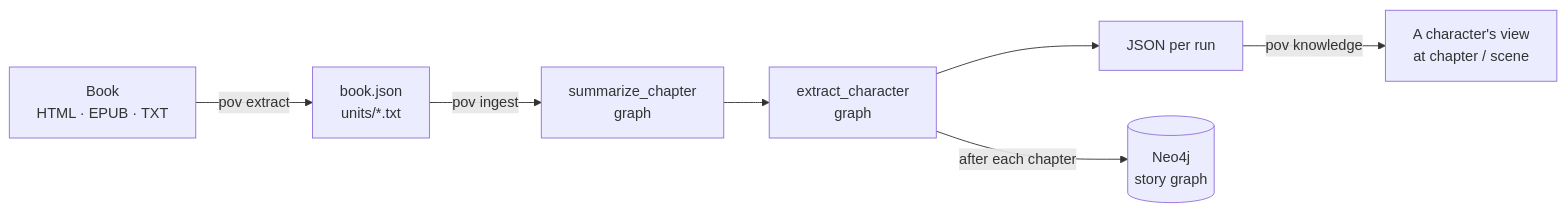
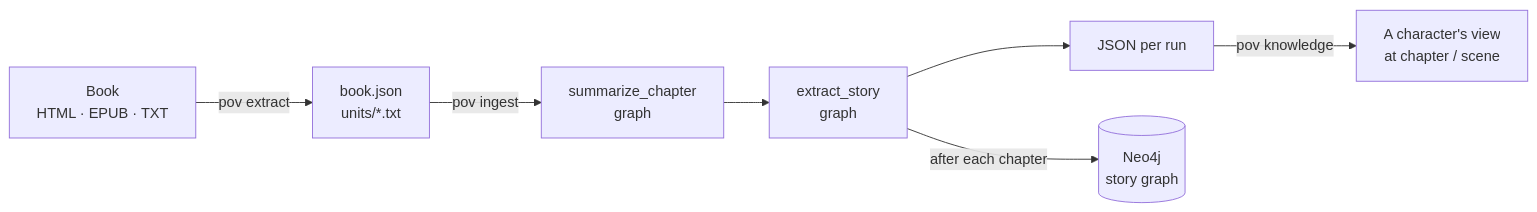
The second of 2 diagrams in README.md (nhanvu0901/book-rewrire), drawn with Mermaid before and after one commit. The commit also changed other lines of this file, not shown here.

Commit message:
T-0018: README covers extract_story, steps, runtime context and the new layout

````diff
--- a/README.md
+++ b/README.md
@@ -112,9 +112,9 @@
 ```mermaid
 flowchart LR
     S["Book<br/>HTML · EPUB · TXT"] -->|pov extract| X["book.json<br/>units/*.txt"]
     X -->|pov ingest| SG["summarize_chapter<br/>graph"]
-    SG --> EG["extract_character<br/>graph"]
+    SG --> EG["extract_story<br/>graph"]
     EG --> J["JSON per run"]
     EG -->|after each chapter| N[("Neo4j<br/>story graph")]
     J -->|pov knowledge| V["A character's view<br/>at chapter / scene"]
 ```
````
